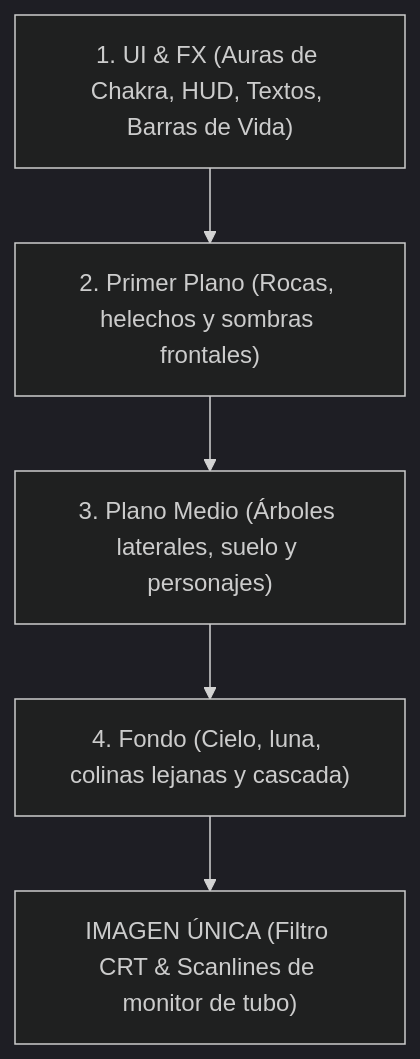
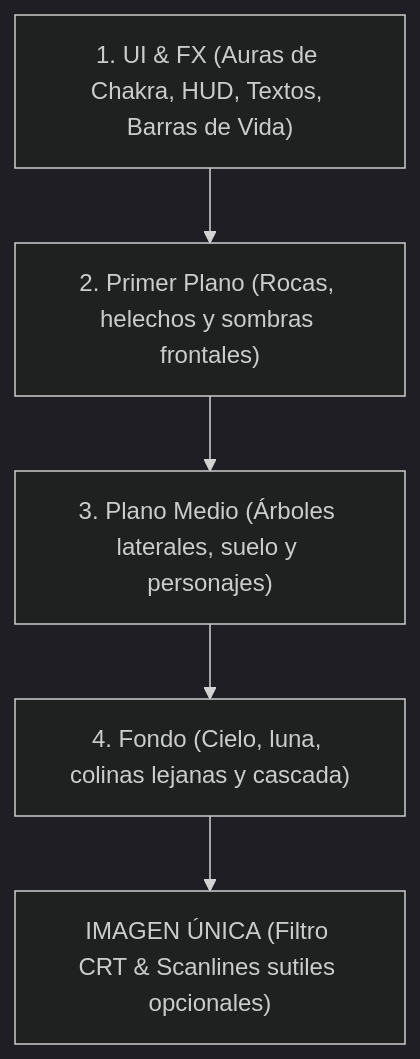
One commit to CesarAugustoAndrade/game-shinobi-way-infinite-tower changed the diagram in docs/guia_direccion_de_arte_combate.md. Above: the diagram before and after it, drawn with Mermaid (dark theme). The commit also changed other lines of this file and 921 other files, not shown here.

````diff
--- a/docs/guia_direccion_de_arte_combate.md
+++ b/docs/guia_direccion_de_arte_combate.md
@@ -11,7 +24,7 @@
 ```mermaid
 graph TD
     Layer1["1. UI & FX (Auras de Chakra, HUD, Textos, Barras de Vida)"] --> Layer2["2. Primer Plano (Rocas, helechos y sombras frontales)"]
     Layer2 --> Layer3["3. Plano Medio (Árboles laterales, suelo y personajes)"]
     Layer3 --> Layer4["4. Fondo (Cielo, luna, colinas lejanas y cascada)"]
-    Layer4 --> Output["IMAGEN ÚNICA (Filtro CRT & Scanlines de monitor de tubo)"]
+    Layer4 --> Output["IMAGEN ÚNICA (Filtro CRT & Scanlines sutiles opcionales)"]
 ```
````
